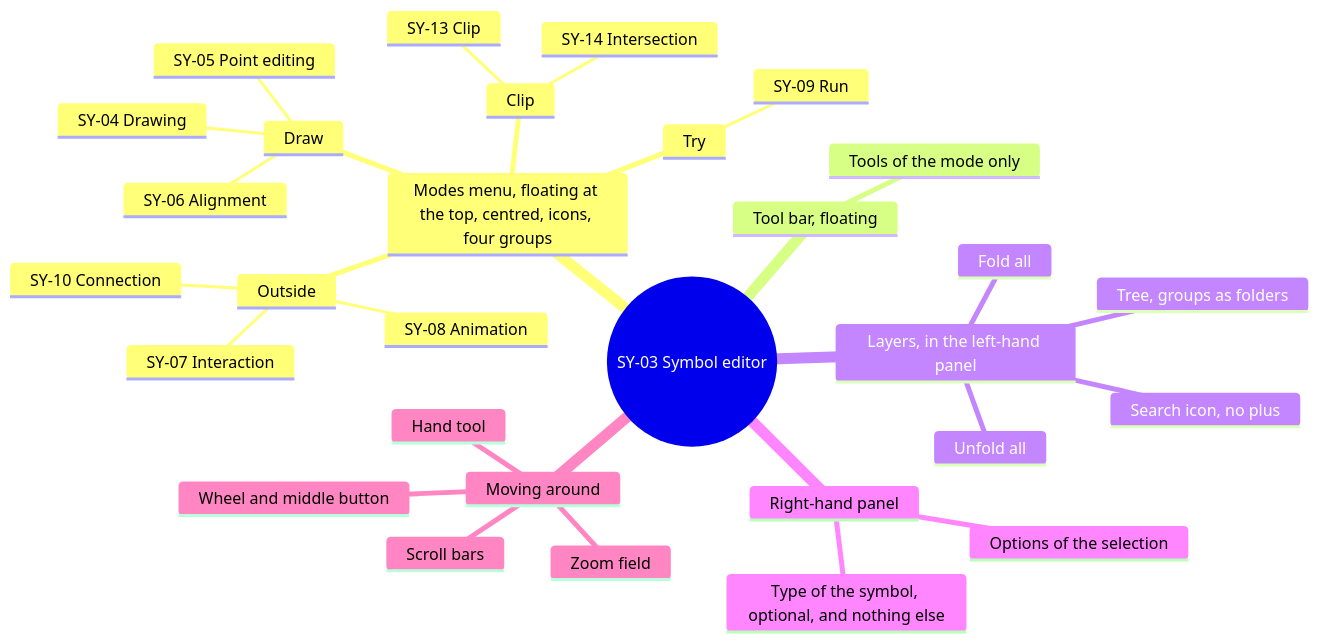
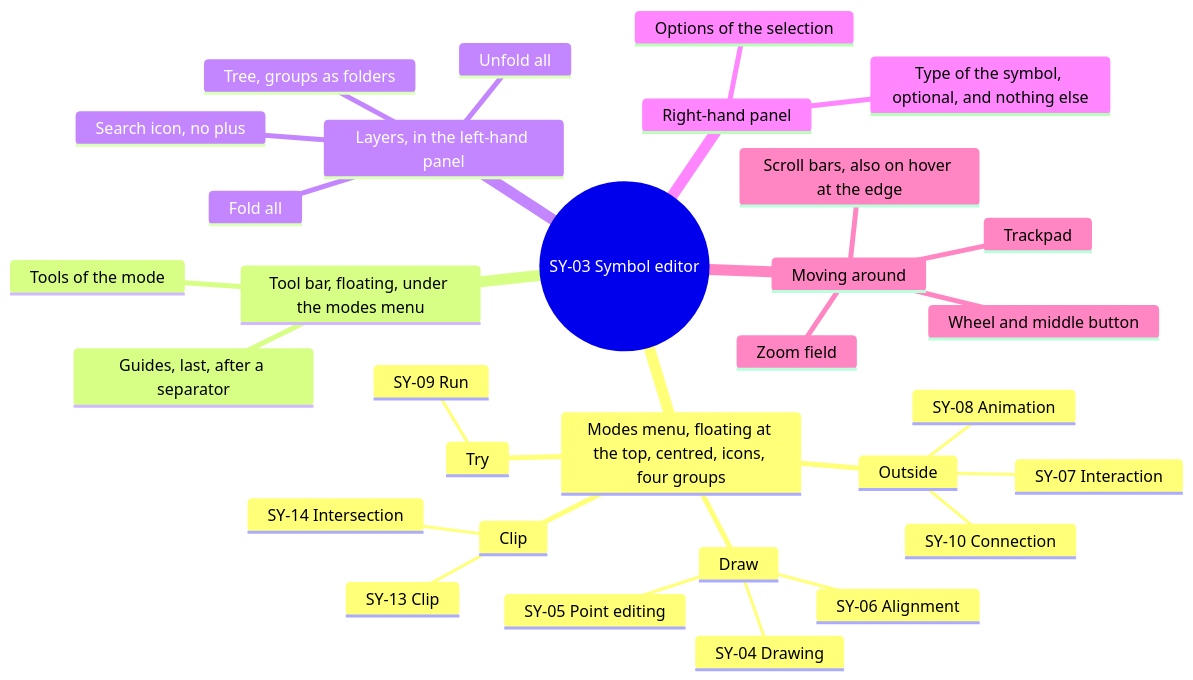
One commit to AlexandreGallais/synoptic-studio-spec changed the fifth of 16 diagrams in screens/symbols.md. Above: the diagram before and after it, drawn with Mermaid. The commit also changed other lines of this file and 32 other files, not shown here.

````diff
--- a/screens/symbols.md
+++ b/screens/symbols.md
@@ -118,33 +118,34 @@
 ```mermaid
 mindmap
   root((SY-03 Symbol editor))
     Modes menu, floating at the top, centred, icons, four groups
       Draw
         SY-04 Drawing
         SY-05 Point editing
         SY-06 Alignment
       Clip
         SY-13 Clip
         SY-14 Intersection
       Outside
         SY-10 Connection
         SY-08 Animation
         SY-07 Interaction
       Try
         SY-09 Run
-    Tool bar, floating
-      Tools of the mode only
+    Tool bar, floating, under the modes menu
+      Tools of the mode
+      Guides, last, after a separator
     Layers, in the left-hand panel
       Search icon, no plus
       Unfold all
       Fold all
       Tree, groups as folders
     Right-hand panel
       Options of the selection
       Type of the symbol, optional, and nothing else
     Moving around
-      Hand tool
       Wheel and middle button
+      Trackpad
       Zoom field
-      Scroll bars
+      Scroll bars, also on hover at the edge
 ```
````
